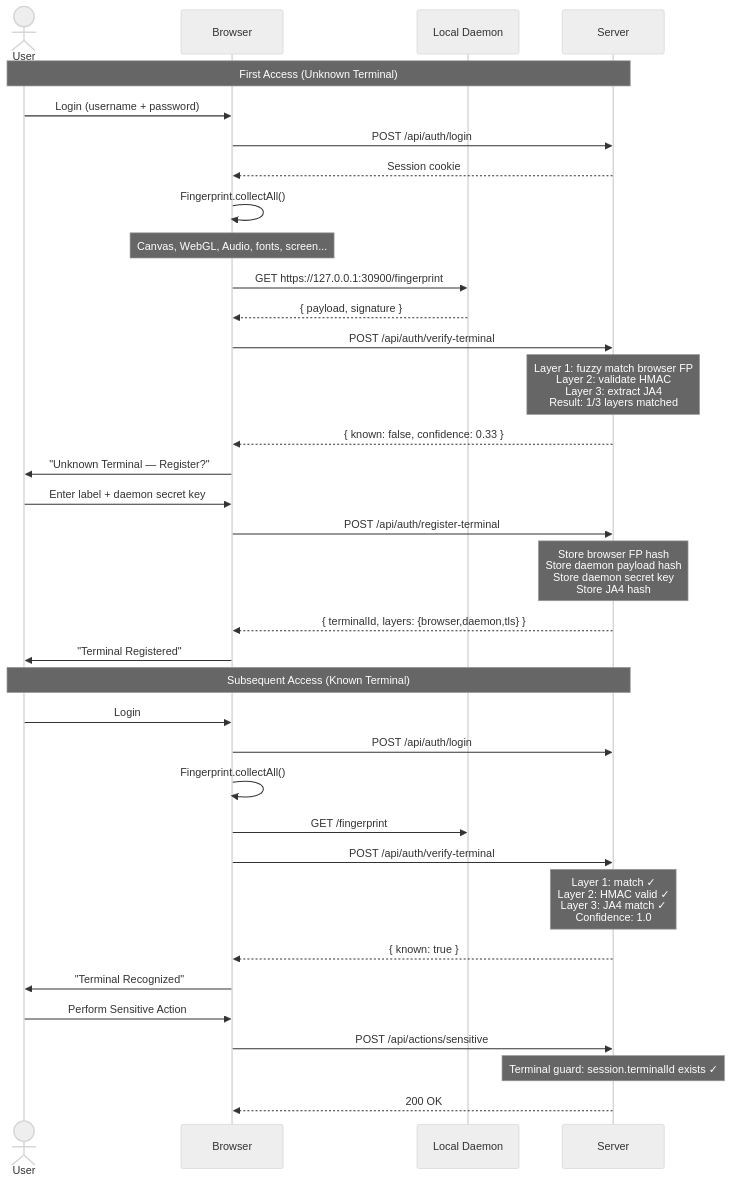
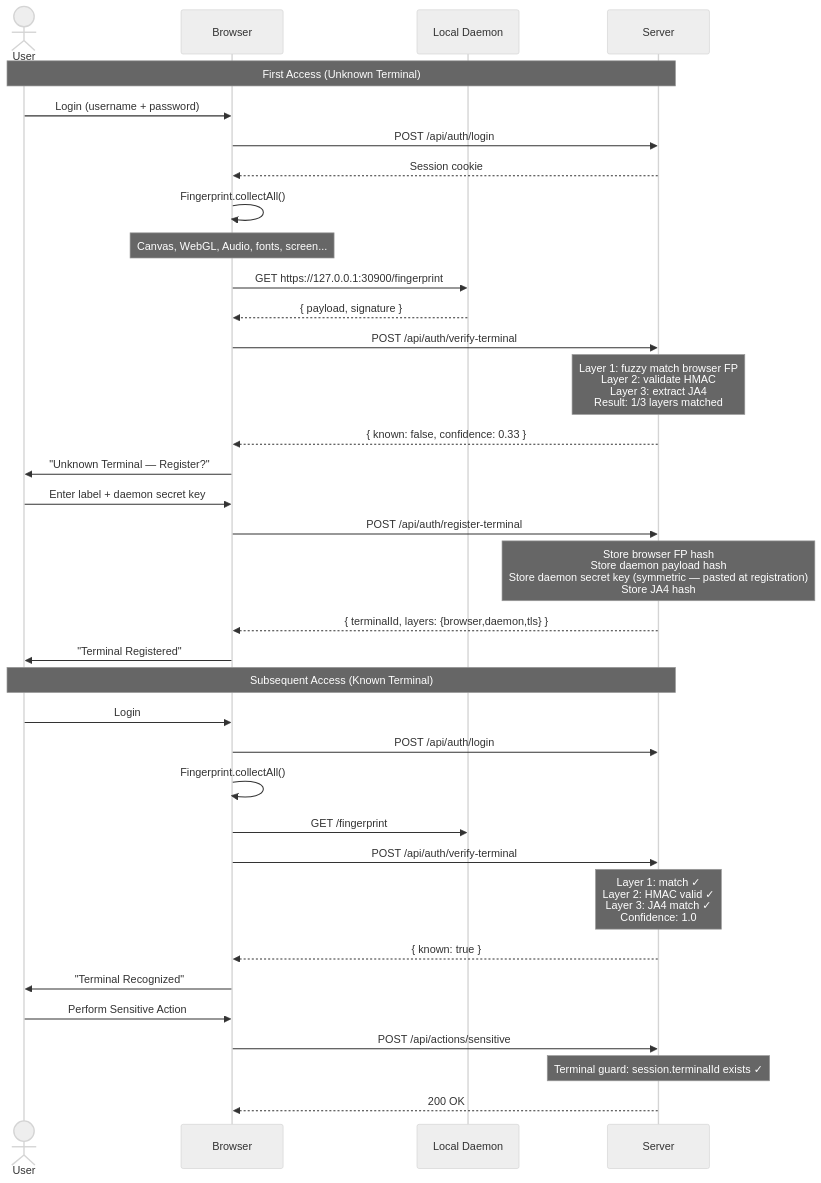
One commit to andermoreira/dna changed the third of 5 diagrams in README.md. Above: the diagram before and after it, drawn with Mermaid (neutral theme). The commit also changed other lines of this file and 7 other files, not shown here.

````diff
--- a/README.md
+++ b/README.md
@@ -88,50 +88,50 @@
 ```mermaid
 sequenceDiagram
     actor User
     participant Browser
     participant Daemon as Local Daemon
     participant Server
 
     Note over User,Server: First Access (Unknown Terminal)
 
     User->>Browser: Login (username + password)
     Browser->>Server: POST /api/auth/login
     Server-->>Browser: Session cookie
 
     Browser->>Browser: Fingerprint.collectAll()
     Note over Browser: Canvas, WebGL, Audio, fonts, screen...
 
     Browser->>Daemon: GET https://127.0.0.1:30900/fingerprint
     Daemon-->>Browser: { payload, signature }
 
     Browser->>Server: POST /api/auth/verify-terminal
     Note over Server: Layer 1: fuzzy match browser FP<br/>Layer 2: validate HMAC<br/>Layer 3: extract JA4<br/>Result: 1/3 layers matched
 
     Server-->>Browser: { known: false, confidence: 0.33 }
     Browser->>User: "Unknown Terminal — Register?"
 
     User->>Browser: Enter label + daemon secret key
     Browser->>Server: POST /api/auth/register-terminal
-    Note over Server: Store browser FP hash<br/>Store daemon payload hash<br/>Store daemon secret key<br/>Store JA4 hash
+    Note over Server: Store browser FP hash<br/>Store daemon payload hash<br/>Store daemon secret key (symmetric — pasted at registration)<br/>Store JA4 hash
 
     Server-->>Browser: { terminalId, layers: {browser,daemon,tls} }
     Browser->>User: "Terminal Registered"
 
     Note over User,Server: Subsequent Access (Known Terminal)
 
     User->>Browser: Login
     Browser->>Server: POST /api/auth/login
     Browser->>Browser: Fingerprint.collectAll()
     Browser->>Daemon: GET /fingerprint
     Browser->>Server: POST /api/auth/verify-terminal
     Note over Server: Layer 1: match ✓<br/>Layer 2: HMAC valid ✓<br/>Layer 3: JA4 match ✓<br/>Confidence: 1.0
 
     Server-->>Browser: { known: true }
     Browser->>User: "Terminal Recognized"
 
     User->>Browser: Perform Sensitive Action
     Browser->>Server: POST /api/actions/sensitive
     Note over Server: Terminal guard: session.terminalId exists ✓
 
     Server-->>Browser: 200 OK
 ```
````
